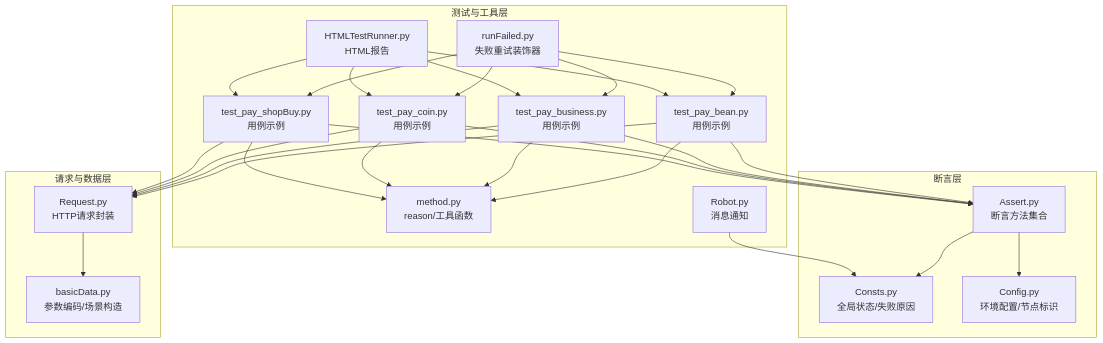
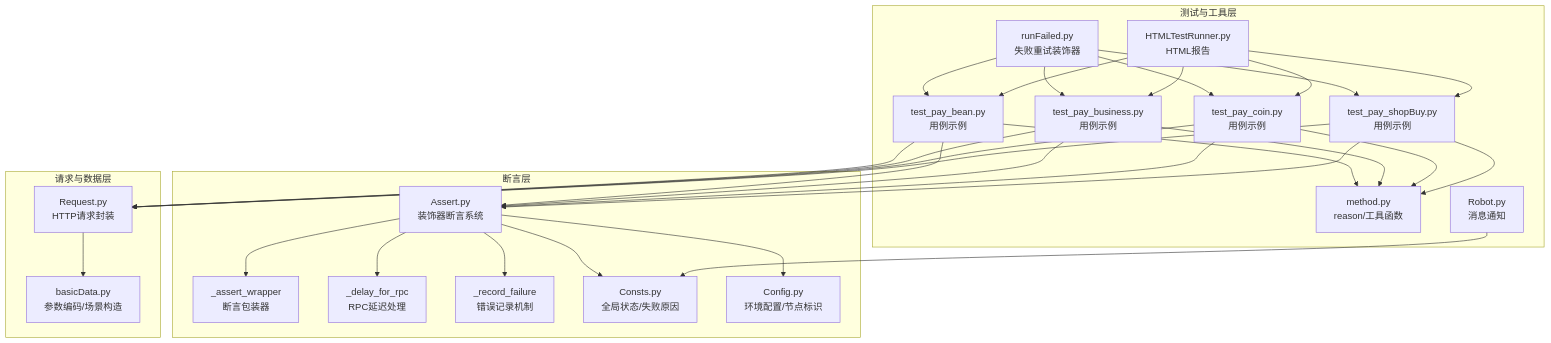
Before and after one commit to liximing1-ola/qa-payTest: the first of 4 diagrams in .qoder/repowiki/zh/content/核心模块/断言验证模块.md, drawn with Mermaid. The commit also changed other lines of this file and 13 other files, not shown here.

````diff
--- a/.qoder/repowiki/zh/content/核心模块/断言验证模块.md
+++ b/.qoder/repowiki/zh/content/核心模块/断言验证模块.md
@@ -46,46 +56,52 @@
 ```mermaid
 graph TB
 subgraph "断言层"
-Assert["Assert.py<br/>断言方法集合"]
+Assert["Assert.py<br/>装饰器断言系统"]
+AssertWrapper["_assert_wrapper<br/>断言包装器"]
+DelayFunc["_delay_for_rpc<br/>RPC延迟处理"]
+ErrorRecord["_record_failure<br/>错误记录机制"]
 Consts["Consts.py<br/>全局状态/失败原因"]
 Config["Config.py<br/>环境配置/节点标识"]
 end
 subgraph "请求与数据层"
 Req["Request.py<br/>HTTP请求封装"]
 BasicData["basicData.py<br/>参数编码/场景构造"]
 end
 subgraph "测试与工具层"
 CaseBean["test_pay_bean.py<br/>用例示例"]
 CaseBiz["test_pay_business.py<br/>用例示例"]
 CaseCoin["test_pay_coin.py<br/>用例示例"]
 CaseShop["test_pay_shopBuy.py<br/>用例示例"]
 Retry["runFailed.py<br/>失败重试装饰器"]
 Method["method.py<br/>reason/工具函数"]
 HTML["HTMLTestRunner.py<br/>HTML报告"]
 Robot["Robot.py<br/>消息通知"]
 end
 CaseBean --> Assert
 CaseBiz --> Assert
 CaseCoin --> Assert
 CaseShop --> Assert
+Assert --> AssertWrapper
+Assert --> DelayFunc
+Assert --> ErrorRecord
 Assert --> Consts
 Assert --> Config
 CaseBean --> Req
 CaseBiz --> Req
 CaseCoin --> Req
 CaseShop --> Req
 Req --> BasicData
 CaseBean --> Method
 CaseBiz --> Method
 CaseCoin --> Method
 CaseShop --> Method
 Retry --> CaseBean
 Retry --> CaseBiz
 Retry --> CaseCoin
 Retry --> CaseShop
 HTML --> CaseBean
 HTML --> CaseBiz
 HTML --> CaseCoin
 HTML --> CaseShop
 Robot --> Consts
 ```
````
